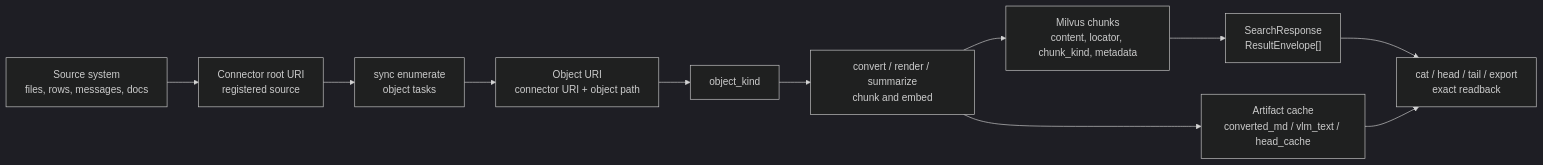
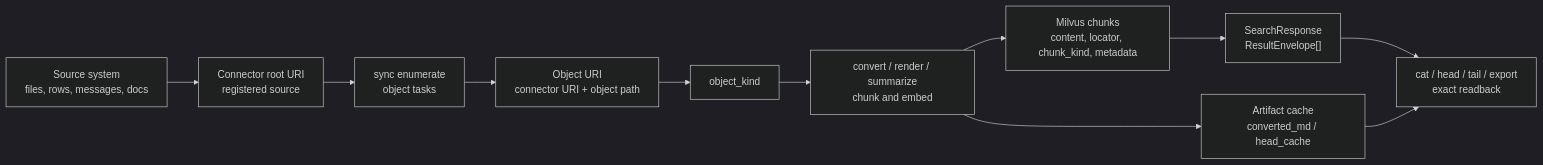
The diagram in docs/content-model.md (zilliztech/mfs), drawn with Mermaid (dark theme) before and after one commit. The commit also changed other lines of this file and 13 other files, not shown here.

First line of the commit message:
cache split: convert in the artifact cache, models in the transformation cache

````diff
--- a/docs/content-model.md
+++ b/docs/content-model.md
@@ -16,17 +16,17 @@
 ```mermaid
 flowchart LR
   source["Source system<br/>files, rows, messages, docs"]
   connector["Connector root URI<br/>registered source"]
   enumerate["sync enumerate<br/>object tasks"]
   object["Object URI<br/>connector URI + object path"]
   classify["object_kind"]
   process["convert / render / summarize<br/>chunk and embed"]
   index["Milvus chunks<br/>content, locator, chunk_kind, metadata"]
-  artifacts["Artifact cache<br/>converted_md / vlm_text / head_cache"]
+  artifacts["Artifact cache<br/>converted_md / head_cache"]
   search["SearchResponse<br/>ResultEnvelope[]"]
   read["cat / head / tail / export<br/>exact readback"]
 
   source --> connector --> enumerate --> object --> classify --> process
   process --> index --> search --> read
   process --> artifacts --> read
 ```
````
